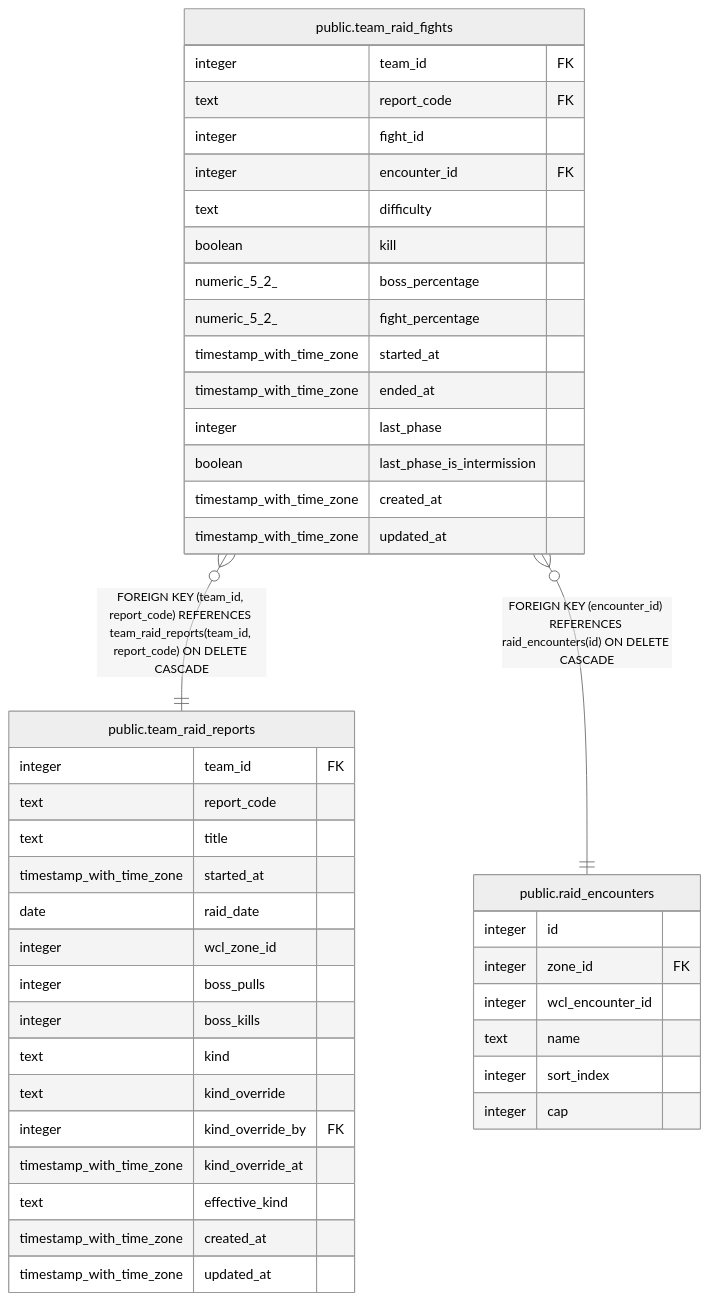
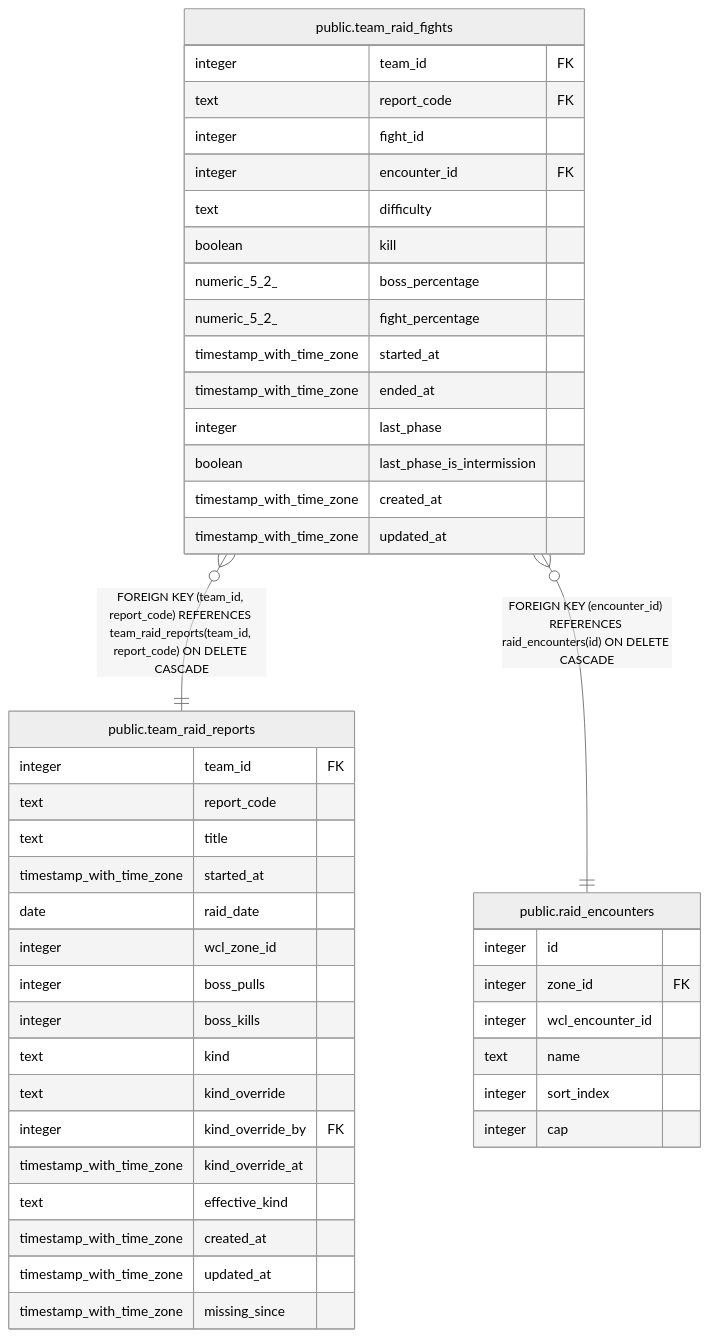
The diagram in dbdoc/public.team_raid_fights.md (katogaming88/WGA-Raid-Hub), drawn with Mermaid (neutral theme) before and after one commit. The commit also changed 17 other files, not shown here.

````diff
--- a/dbdoc/public.team_raid_fights.md
+++ b/dbdoc/public.team_raid_fights.md
@@ -50,48 +50,49 @@
 ```mermaid
 erDiagram
 
 "public.team_raid_fights" }o--|| "public.team_raid_reports" : "FOREIGN KEY (team_id, report_code) REFERENCES team_raid_reports(team_id, report_code) ON DELETE CASCADE"
 "public.team_raid_fights" }o--|| "public.raid_encounters" : "FOREIGN KEY (encounter_id) REFERENCES raid_encounters(id) ON DELETE CASCADE"
 
 "public.team_raid_fights" {
   integer team_id FK
   text report_code FK
   integer fight_id
   integer encounter_id FK
   text difficulty
   boolean kill
   numeric_5_2_ boss_percentage
   numeric_5_2_ fight_percentage
   timestamp_with_time_zone started_at
   timestamp_with_time_zone ended_at
   integer last_phase
   boolean last_phase_is_intermission
   timestamp_with_time_zone created_at
   timestamp_with_time_zone updated_at
 }
 "public.team_raid_reports" {
   integer team_id FK
   text report_code
   text title
   timestamp_with_time_zone started_at
   date raid_date
   integer wcl_zone_id
   integer boss_pulls
   integer boss_kills
   text kind
   text kind_override
   integer kind_override_by FK
   timestamp_with_time_zone kind_override_at
   text effective_kind
   timestamp_with_time_zone created_at
   timestamp_with_time_zone updated_at
+  timestamp_with_time_zone missing_since
 }
 "public.raid_encounters" {
   integer id
   integer zone_id FK
   integer wcl_encounter_id
   text name
   integer sort_index
   integer cap
 }
 ```
````
